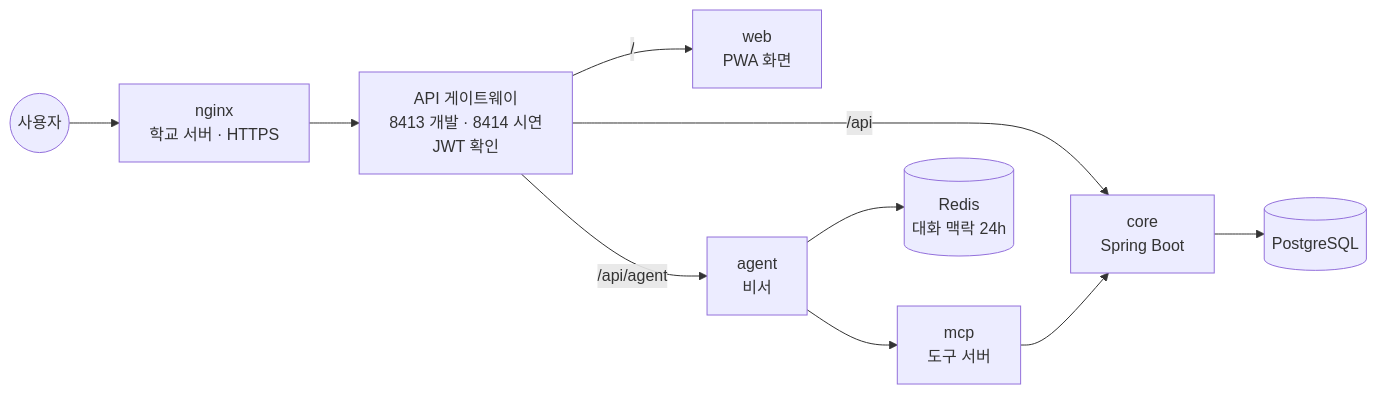
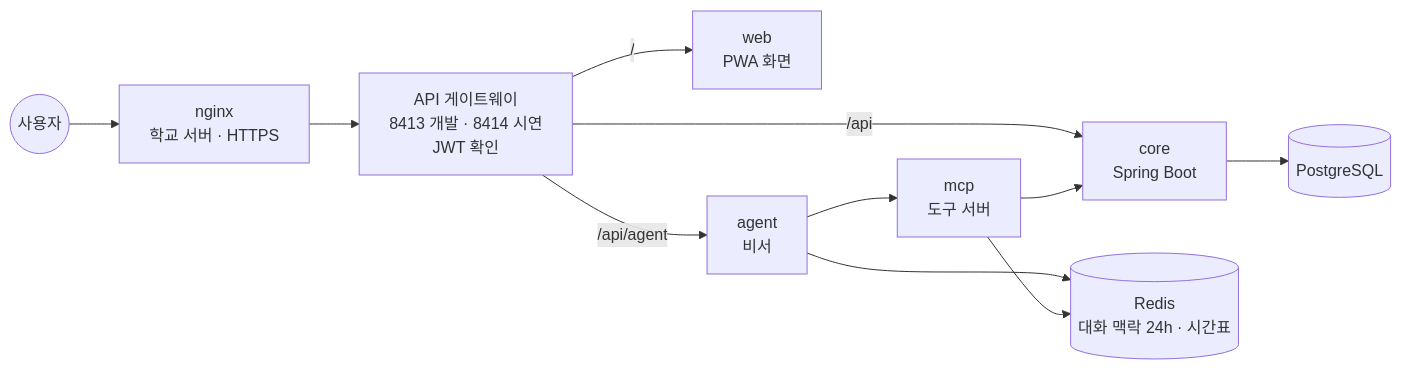
The second of 2 diagrams in README.md (AI-go-do/infra), drawn with Mermaid before and after one commit. The commit also changed other lines of this file and 2 other files, not shown here.

Commit message:
chore: 시간표용으로 Redis에 AOF·볼륨, mcp에 SCHEDULE_STORE
시간표(비서 #67)는 TTL 없이 재시작 뒤에도 남아야 해서 appendonly yes +
redis-data 볼륨. volatile-ttl이라 메모리가 차도 TTL 없는 시간표는 안 지움.
mcp의 MEMORY_STORE는 SCHEDULE_STORE로 바꿈.

Claude-Session: https://claude.ai/code/session_01CPEHGVByVaSa85HMg5DmPB

````diff
--- a/README.md
+++ b/README.md
@@ -34,12 +34,13 @@
 ```mermaid
 flowchart LR
   U((사용자)) --> X[nginx<br/>학교 서버 · HTTPS]
   X --> G[API 게이트웨이<br/>8413 개발 · 8414 시연<br/>JWT 확인]
   G -- / --> W[web<br/>PWA 화면]
   G -- /api --> C[core<br/>Spring Boot]
   G -- /api/agent --> AG[agent<br/>비서]
   C --> P[(PostgreSQL)]
   AG --> M[mcp<br/>도구 서버]
-  AG --> R[(Redis<br/>대화 맥락 24h)]
+  AG --> R[(Redis<br/>대화 맥락 24h · 시간표)]
+  M --> R
   M --> C
 ```
````
